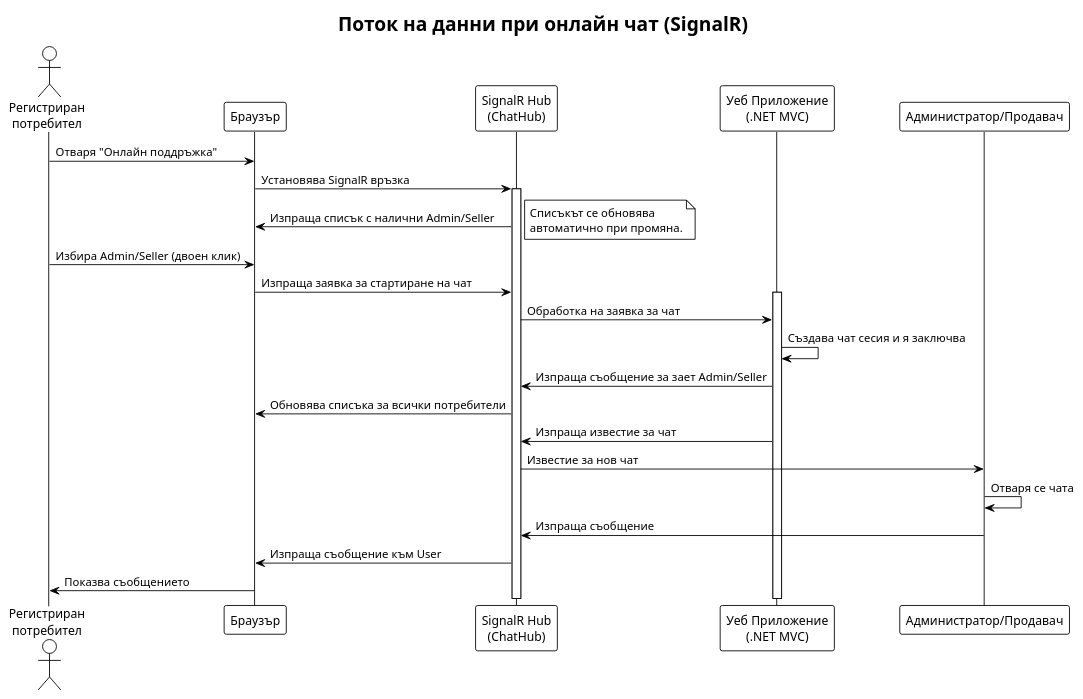
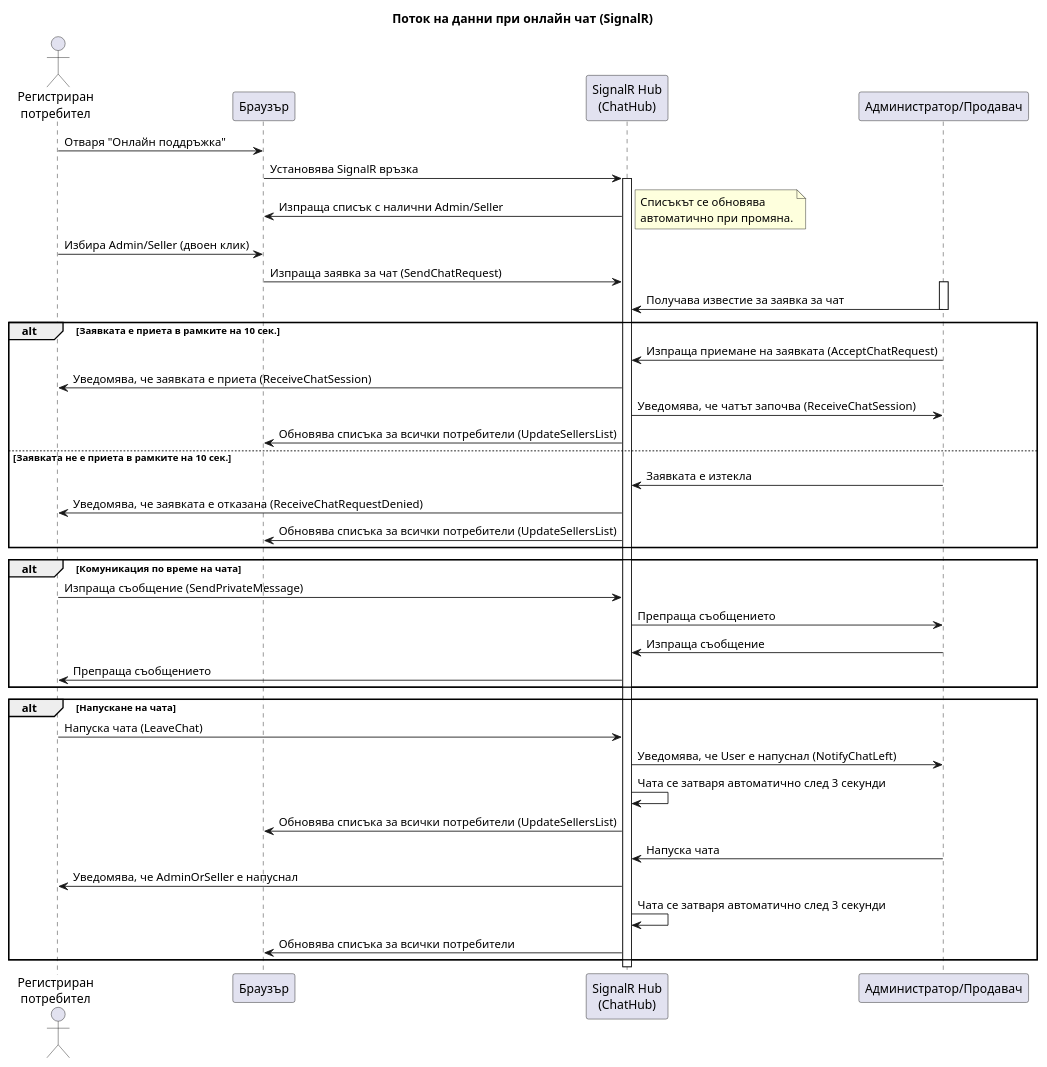
Before and after one commit to Kras13/AutoParts_ShopAndForum: the diagram in Diagrams/5.System design/OnlineChat.puml, drawn with PlantUML. The commit also changed 1 other file, not shown here.

Commit message:
Online chat diagram.

```diff
--- a/Diagrams/5.System design/OnlineChat.puml
+++ b/Diagrams/5.System design/OnlineChat.puml
@@ -1,37 +1,55 @@
-@startuml
-!theme plain
+@startuml OnlineChat
 title Поток на данни при онлайн чат (SignalR)
 
 actor "Регистриран\nпотребител" as User
 participant "Браузър" as Browser
 participant "SignalR Hub\n(ChatHub)" as Hub
-participant "Уеб Приложение\n(.NET MVC)" as WebApp
 participant "Администратор/Продавач" as AdminOrSeller
 
 User -> Browser : Отваря "Онлайн поддръжка"
 Browser -> Hub : Установява SignalR връзка
 activate Hub
 
 Hub -> Browser : Изпраща списък с налични Admin/Seller
 note right
 Списъкът се обновява
 автоматично при промяна.
 end note
 
 User -> Browser : Избира Admin/Seller (двоен клик)
-Browser -> Hub : Изпраща заявка за стартиране на чат
-activate WebApp
+Browser -> Hub : Изпраща заявка за чат (SendChatRequest)
 
-Hub -> WebApp : Обработка на заявка за чат
-WebApp -> WebApp : Създава чат сесия и я заключва
-WebApp -> Hub : Изпраща съобщение за зает Admin/Seller
-Hub -> Browser : Обновява списъка за всички потребители
+activate AdminOrSeller
+AdminOrSeller -> Hub : Получава известие за заявка за чат
+deactivate AdminOrSeller
 
-WebApp -> Hub : Изпраща известие за чат
-Hub -> AdminOrSeller : Известие за нов чат
+alt Заявката е приета в рамките на 10 сек.
+    AdminOrSeller -> Hub : Изпраща приемане на заявката (AcceptChatRequest)
+    Hub -> User : Уведомява, че заявката е приета (ReceiveChatSession)
+    Hub -> AdminOrSeller : Уведомява, че чатът започва (ReceiveChatSession)
+    Hub -> Browser : Обновява списъка за всички потребители (UpdateSellersList)
+else Заявката не е приета в рамките на 10 сек.
+    AdminOrSeller -> Hub : Заявката е изтекла
+    Hub -> User : Уведомява, че заявката е отказана (ReceiveChatRequestDenied)
+    Hub -> Browser : Обновява списъка за всички потребители (UpdateSellersList)
+end
 
-AdminOrSeller -> AdminOrSeller : Отваря се чата
-AdminOrSeller -> Hub : Изпраща съобщение
-Hub -> Browser : Изпраща съобщение към User
-Browser -> User : Показва съобщението
+alt Комуникация по време на чата
+    User -> Hub : Изпраща съобщение (SendPrivateMessage)
+    Hub -> AdminOrSeller : Препраща съобщението
+    AdminOrSeller -> Hub : Изпраща съобщение
+    Hub -> User : Препраща съобщението
+end
+
+alt Напускане на чата
+    User -> Hub : Напуска чата (LeaveChat)
+    Hub -> AdminOrSeller : Уведомява, че User е напуснал (NotifyChatLeft)
+    Hub -> Hub : Чата се затваря автоматично след 3 секунди
+    Hub -> Browser : Обновява списъка за всички потребители (UpdateSellersList)
+    
+    AdminOrSeller -> Hub : Напуска чата
+    Hub -> User : Уведомява, че AdminOrSeller е напуснал
+    Hub -> Hub : Чата се затваря автоматично след 3 секунди
+    Hub -> Browser : Обновява списъка за всички потребители
+end
 @enduml
```
